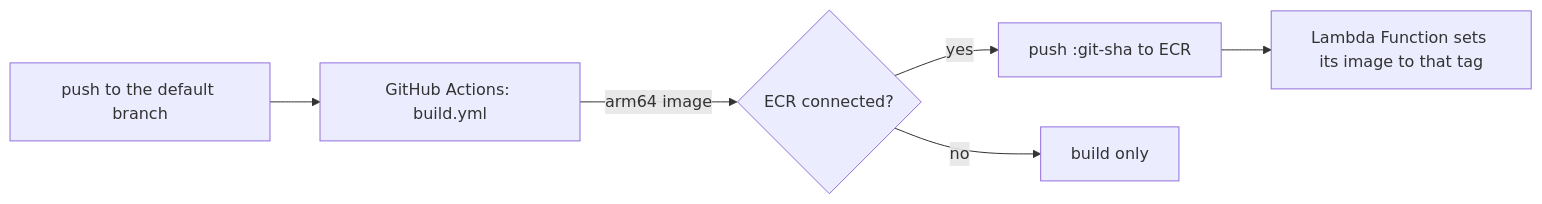
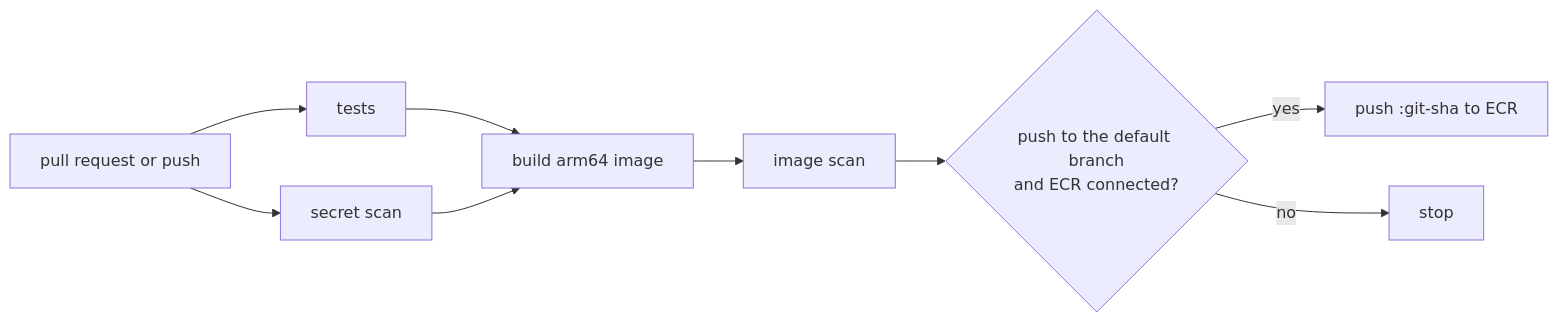
Before and after one commit to massdriver-catalogs/aws-software-factory: the diagram in bundles/github-repo/README.md, drawn with Mermaid. The commit also changed other lines of this file and 5 other files, not shown here.

Commit message:
Test, secret-scan and image-scan before the starter pipeline pushes

````diff
--- a/bundles/github-repo/README.md
+++ b/bundles/github-repo/README.md
@@ -5,8 +5,11 @@
 ```mermaid
 flowchart LR
-  P[push to the default branch] --> W[GitHub Actions: build.yml]
-  W -->|arm64 image| B{ECR connected?}
-  B -->|yes| E[push :git-sha to ECR]
-  B -->|no| D[build only]
-  E --> L[Lambda Function sets its image to that tag]
+  P[pull request or push] --> T[tests]
+  P --> S[secret scan]
+  T --> B[build arm64 image]
+  S --> B
+  B --> V[image scan]
+  V --> C{push to the default branch<br/>and ECR connected?}
+  C -->|yes| E[push :git-sha to ECR]
+  C -->|no| D[stop]
 ```
````
